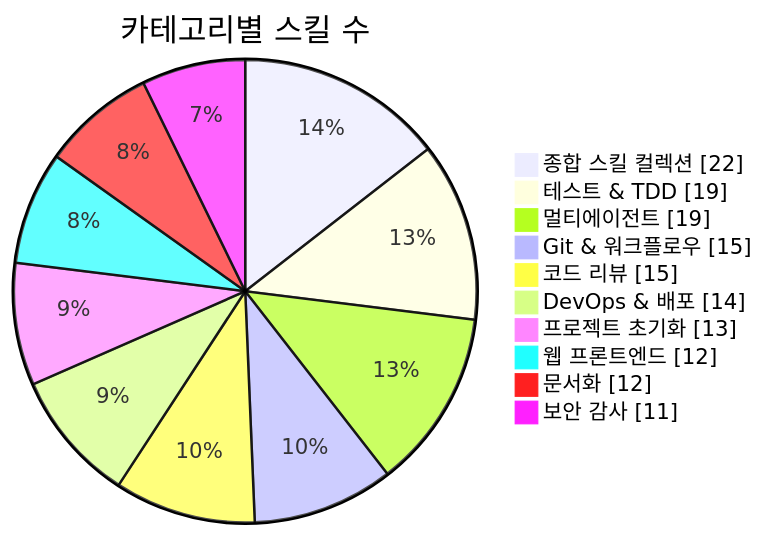
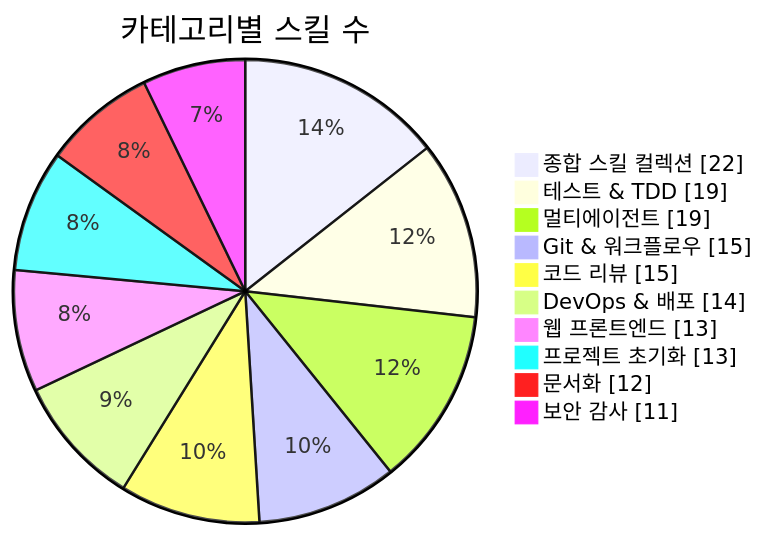
Before and after one commit to J-nowcow/awesome-korean-agent-skills: the first of 3 diagrams in README.md, drawn with Mermaid. The commit also changed other lines of this file and 4 other files, not shown here.

````diff
--- a/README.md
+++ b/README.md
@@ -176,14 +176,14 @@
 ```mermaid
 pie showData
     title 카테고리별 스킬 수
     "종합 스킬 컬렉션" : 22
     "테스트 & TDD" : 19
     "멀티에이전트" : 19
     "Git & 워크플로우" : 15
     "코드 리뷰" : 15
     "DevOps & 배포" : 14
+    "웹 프론트엔드" : 13
     "프로젝트 초기화" : 13
-    "웹 프론트엔드" : 12
     "문서화" : 12
     "보안 감사" : 11
 ```
````
